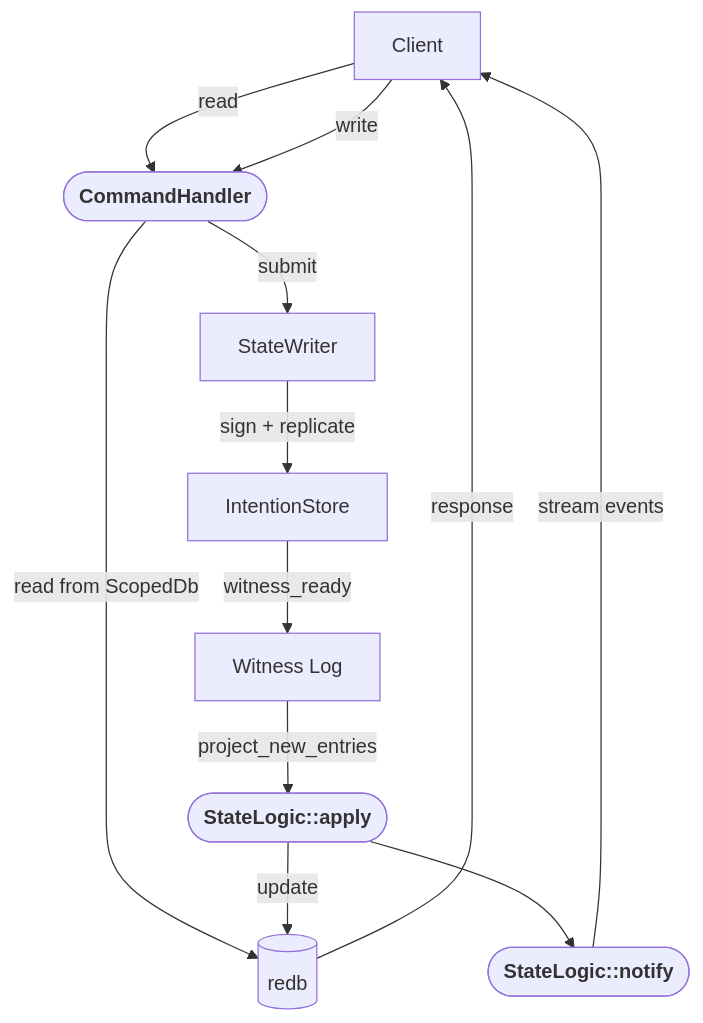
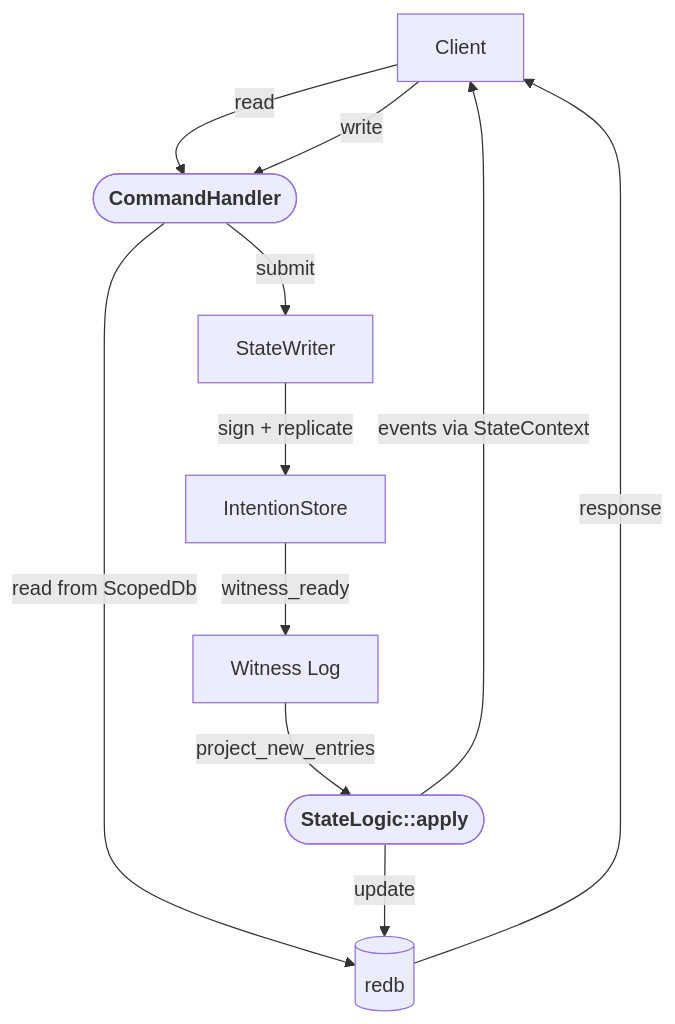
Before and after one commit to lost-tty/lattice: the diagram in docs/content/reference/state-machines.md, drawn with Mermaid. The commit also changed other lines of this file and 11 other files, not shown here.

````diff
--- a/docs/content/reference/state-machines.md
+++ b/docs/content/reference/state-machines.md
@@ -234,14 +249,13 @@
 ```mermaid
 flowchart TD
     Client -->|read| CH(["`**CommandHandler**`"])
     Client -->|write| CH
     CH -->|read from ScopedDb| DB[(redb)]
     DB -->|response| Client
     CH -->|submit| SW[StateWriter]
     SW -->|sign + replicate| IS[IntentionStore]
     IS -->|witness_ready| WL[Witness Log]
     WL -->|project_new_entries| AP(["`**StateLogic::apply**`"])
     AP -->|update| DB
-    AP --> NT(["`**StateLogic::notify**`"])
-    NT -->|stream events| Client
+    AP -->|events via StateContext| Client
 ```
````
